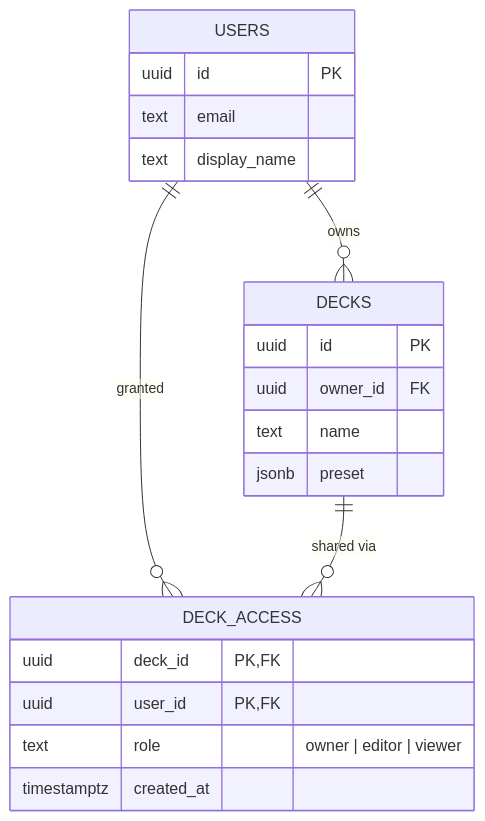
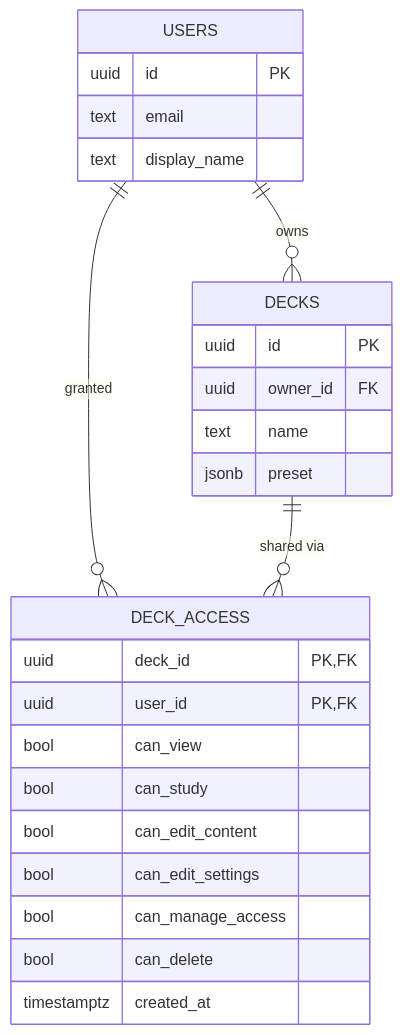
Before and after one commit to Jolls/deckshare: the fourth of 5 diagrams in docs/schema-diagram.md, drawn with Mermaid. The commit also changed other lines of this file and 6 other files, not shown here.

First line of the commit message:
Replace deck_access role enum with six independent permissions

````diff
--- a/docs/schema-diagram.md
+++ b/docs/schema-diagram.md
@@ -371,26 +376,31 @@
 ```mermaid
 erDiagram
     USERS ||--o{ DECKS : "owns"
     USERS ||--o{ DECK_ACCESS : "granted"
     DECKS ||--o{ DECK_ACCESS : "shared via"
 
     USERS {
         uuid id PK
         text email
         text display_name
     }
 
     DECKS {
         uuid id PK
         uuid owner_id FK
         text name
         jsonb preset
     }
 
     DECK_ACCESS {
         uuid deck_id PK,FK
         uuid user_id PK,FK
-        text role "owner | editor | viewer"
+        bool can_view
+        bool can_study
+        bool can_edit_content
+        bool can_edit_settings
+        bool can_manage_access
+        bool can_delete
         timestamptz created_at
     }
 ```
````
